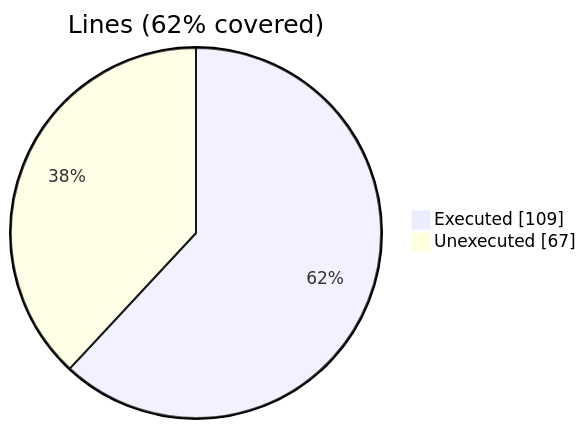
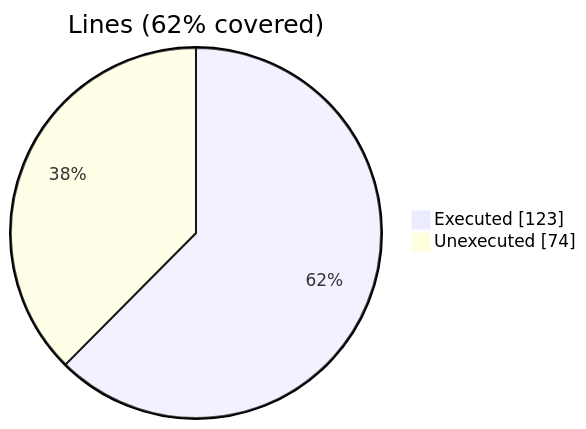
One commit to szaghi/FOSSIL changed the first of 2 diagrams in docs/guide/fossil_aabb_object.f90.gcov.md. Above: the diagram before and after it, drawn with Mermaid. The commit also changed other lines of this file and 40 other files, not shown here.

````diff
--- a/docs/guide/fossil_aabb_object.f90.gcov.md
+++ b/docs/guide/fossil_aabb_object.f90.gcov.md
@@ -10,6 +10,6 @@
 ```mermaid
 pie showData
     title Lines (62% covered)
-    "Executed" : 109
-    "Unexecuted" : 67
+    "Executed" : 123
+    "Unexecuted" : 74
 ```
````
